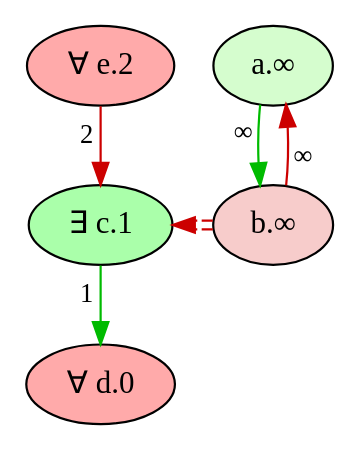
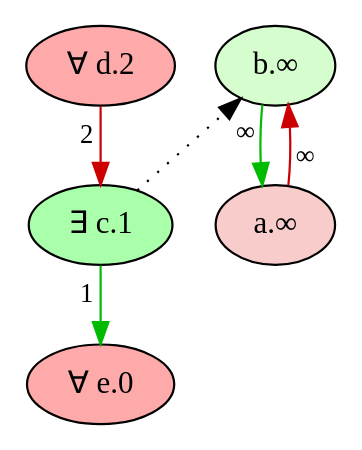
One commit to idaks/Games-and-Argumentation changed the diagram in Refactor/imgs/wm_graph_bl_1/unfactored_game_pw_2.dot. Above: the diagram before and after it, drawn with Graphviz. The commit also changed 85 other files, not shown here.

```diff
--- a/Refactor/imgs/wm_graph_bl_1/unfactored_game_pw_2.dot
+++ b/Refactor/imgs/wm_graph_bl_1/unfactored_game_pw_2.dot
@@ -1,16 +1,16 @@
 digraph {
     // Node defaults can be set here if needed
-    "d" [style="filled" fillcolor="#FFAAAA" label="∀ d.0" fontsize=14]
+    "e" [style="filled" fillcolor="#FFAAAA" label="∀ e.0" fontsize=14]
     "c" [style="filled" fillcolor="#AAFFAA" label="∃ c.1" fontsize=14]
-    "e" [style="filled" fillcolor="#FFAAAA" label="∀ e.2" fontsize=14]
-    "a" [style="filled" fillcolor="#d5fdce" label="a.∞" fontsize=14]
-    "b" [style="filled" fillcolor="#f7cccb" label="b.∞" fontsize=14]
+    "d" [style="filled" fillcolor="#FFAAAA" label="∀ d.2" fontsize=14]
+    "b" [style="filled" fillcolor="#d5fdce" label="b.∞" fontsize=14]
+    "a" [style="filled" fillcolor="#f7cccb" label="a.∞" fontsize=14]
     edge[labeldistance=1.5 fontsize=12]
-    "a" -> "b" [color="#00BB00" style="solid" dir="forward" taillabel="∞" ]
-    "b" -> "a" [color="#CC0000" style="solid" dir="forward" taillabel="∞" ]
-    "b" -> "c" [color="#CC0000:invis:#CC0000" style="dashed" dir="forward" taillabel="" constraint=false]
-    "c" -> "d" [color="#00BB00" style="solid" dir="forward" taillabel="1" ]
-    "e" -> "c" [color="#CC0000" style="solid" dir="forward" taillabel="2" ]
-    {rank = max d}
-    {rank = min e}
+    "b" -> "a" [color="#00BB00" style="solid" dir="forward" taillabel="∞" ]
+    "a" -> "b" [color="#CC0000" style="solid" dir="forward" taillabel="∞" ]
+    "c" -> "b" [color="black" style="dotted" dir="forward" taillabel="" constraint=false]
+    "d" -> "c" [color="#CC0000" style="solid" dir="forward" taillabel="2" ]
+    "c" -> "e" [color="#00BB00" style="solid" dir="forward" taillabel="1" ]
+    {rank = max e}
+    {rank = min d}
 }
```
